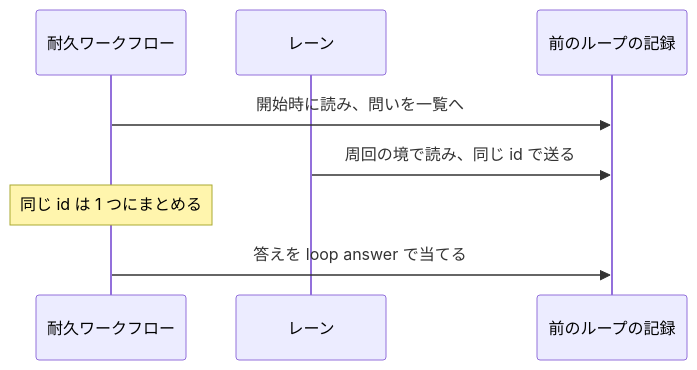
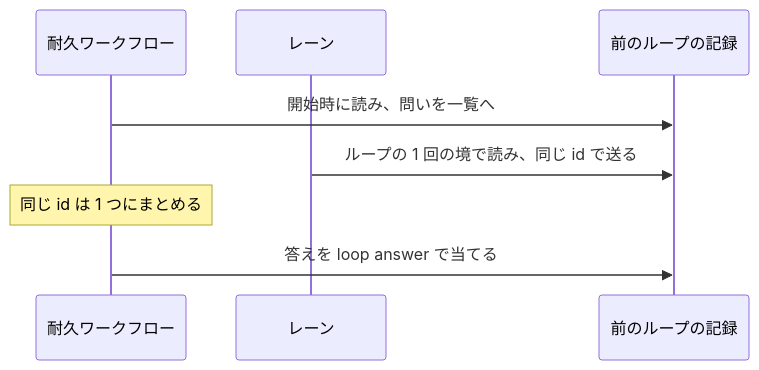
One commit to devbasex/ai-plugins changed the fourth of 4 diagrams in docs/specifications/ndf-loop-human-answer-delivery.md. Above: the diagram before and after it, drawn with Mermaid. The commit also changed other lines of this file and 110 other files, not shown here.

````diff
--- a/docs/specifications/ndf-loop-human-answer-delivery.md
+++ b/docs/specifications/ndf-loop-human-answer-delivery.md
@@ -179,10 +179,10 @@
 ```mermaid
 sequenceDiagram
     participant W as 耐久ワークフロー
     participant L as レーン
     participant P as 前のループの記録
     W->>P: 開始時に読み、問いを一覧へ
-    L->>P: 周回の境で読み、同じ id で送る
+    L->>P: ループの 1 回の境で読み、同じ id で送る
     Note over W: 同じ id は 1 つにまとめる
     W->>P: 答えを loop answer で当てる
 ```
````
